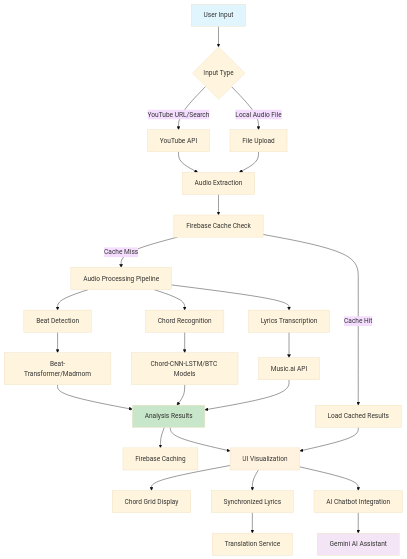
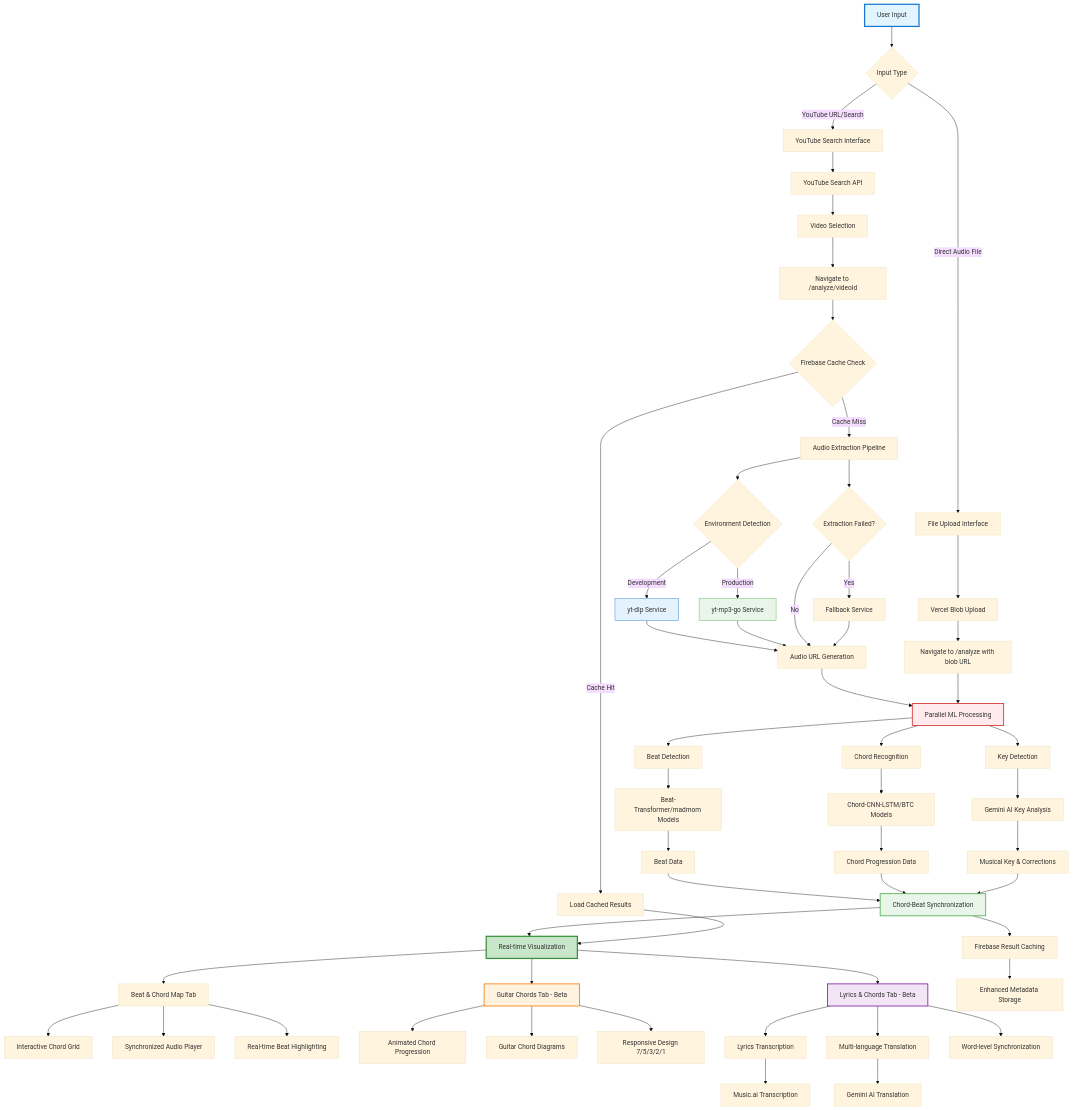
Before and after one commit to ptnghia-j/ChordMiniApp: the diagram in README.md, drawn with Mermaid (base theme). The commit also changed other lines of this file and 115 other files, not shown here.

````diff
--- a/README.md
+++ b/README.md
@@ -396,42 +276,98 @@
 ```mermaid
 graph TD
+    %% User Entry Points
     A[User Input] --> B{Input Type}
-    B -->|YouTube URL/Search| C[YouTube API]
-    B -->|Local Audio File| D[File Upload]
+    B -->|YouTube URL/Search| C[YouTube Search Interface]
+    B -->|Direct Audio File| D[File Upload Interface]
 
-    C --> E[Audio Extraction]
-    D --> E
+    %% YouTube Workflow
+    C --> E[YouTube Search API]
+    E --> F[Video Selection]
+    F --> G[Navigate to /analyze/videoId]
 
-    E --> F[Firebase Cache Check]
-    F -->|Cache Hit| G[Load Cached Results]
-    F -->|Cache Miss| H[Audio Processing Pipeline]
+    %% Direct Upload Workflow
+    D --> H[Vercel Blob Upload]
+    H --> I[Navigate to /analyze with blob URL]
 
-    H --> I[Beat Detection]
-    H --> J[Chord Recognition]
-    H --> K[Lyrics Transcription]
+    %% Cache Check Phase
+    G --> J{Firebase Cache Check}
+    J -->|Cache Hit| K[Load Cached Results]
+    J -->|Cache Miss| L[Audio Extraction Pipeline]
 
-    I --> L[Beat-Transformer/Madmom]
-    J --> M[Chord-CNN-LSTM/BTC Models]
-    K --> N[Music.ai API]
+    %% Audio Extraction (Environment-Aware)
+    L --> M{Environment Detection}
+    M -->|Development| N[yt-dlp Service]
+    M -->|Production| O[yt-mp3-go Service]
+    N --> P[Audio URL Generation]
+    O --> P
 
-    L --> O[Analysis Results]
-    M --> O
-    N --> O
+    %% ML Analysis Pipeline
+    P --> Q[Parallel ML Processing]
+    I --> Q
+    Q --> R[Beat Detection]
+    Q --> S[Chord Recognition]
+    Q --> T[Key Detection]
 
-    O --> P[Firebase Caching]
-    O --> Q[UI Visualization]
+    %% ML Backend Processing
+    R --> U[Beat-Transformer/madmom Models]
+    S --> V[Chord-CNN-LSTM/BTC Models]
+    T --> W[Gemini AI Key Analysis]
 
-    Q --> R[Chord Grid Display]
-    Q --> S[Synchronized Lyrics]
-    Q --> T[AI Chatbot Integration]
+    %% Results Processing
+    U --> X[Beat Data]
+    V --> Y[Chord Progression Data]
+    W --> Z[Musical Key & Corrections]
 
-    G --> Q
+    %% Synchronization & Caching
+    X --> AA[Chord-Beat Synchronization]
+    Y --> AA
+    Z --> AA
+    AA --> BB[Firebase Result Caching]
+    AA --> CC[Real-time Visualization]
 
-    T --> U[Gemini AI Assistant]
-    S --> V[Translation Service]
+    %% Visualization Tabs
+    CC --> DD[Beat & Chord Map Tab]
+    CC --> EE[Guitar Chords Tab - Beta]
+    CC --> FF[Lyrics & Chords Tab - Beta]
 
-    style A fill:#e1f5fe
-    style O fill:#c8e6c9
-    style Q fill:#fff3e0
-    style U fill:#f3e5f5
+    %% Beat & Chord Map Features
+    DD --> GG[Interactive Chord Grid]
+    DD --> HH[Synchronized Audio Player]
+    DD --> II[Real-time Beat Highlighting]
+
+    %% Guitar Chords Features
+    EE --> JJ[Animated Chord Progression]
+    EE --> KK[Guitar Chord Diagrams]
+    EE --> LL[Responsive Design 7/5/3/2/1]
+
+    %% Lyrics Features
+    FF --> MM[Lyrics Transcription]
+    FF --> NN[Multi-language Translation]
+    FF --> OO[Word-level Synchronization]
+
+    %% External API Integration
+    MM --> PP[Music.ai Transcription]
+    NN --> QQ[Gemini AI Translation]
+
+    %% Cache Integration
+    K --> CC
+    BB --> RR[Enhanced Metadata Storage]
+
+    %% Error Handling & Fallbacks
+    L --> SS{Extraction Failed?}
+    SS -->|Yes| TT[Fallback Service]
+    SS -->|No| P
+    TT --> P
+
+    %% Styling
+    style A fill:#e1f5fe,stroke:#1976d2,stroke-width:3px
+    style CC fill:#c8e6c9,stroke:#388e3c,stroke-width:3px
+    style EE fill:#fff3e0,stroke:#f57c00,stroke-width:2px
+    style FF fill:#f3e5f5,stroke:#7b1fa2,stroke-width:2px
+    style Q fill:#ffebee,stroke:#d32f2f,stroke-width:2px
+    style AA fill:#e8f5e8,stroke:#4caf50,stroke-width:2px
+
+    %% Environment Indicators
+    style N fill:#e3f2fd,stroke:#1976d2
+    style O fill:#e8f5e8,stroke:#4caf50
 ```
````
